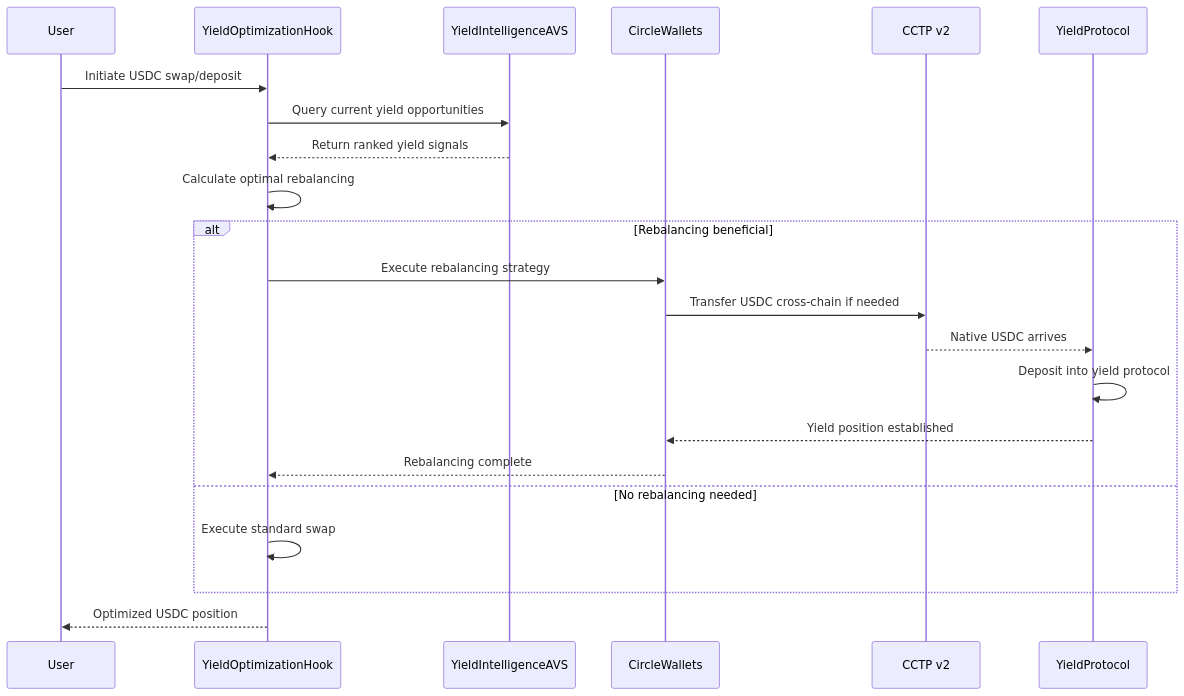
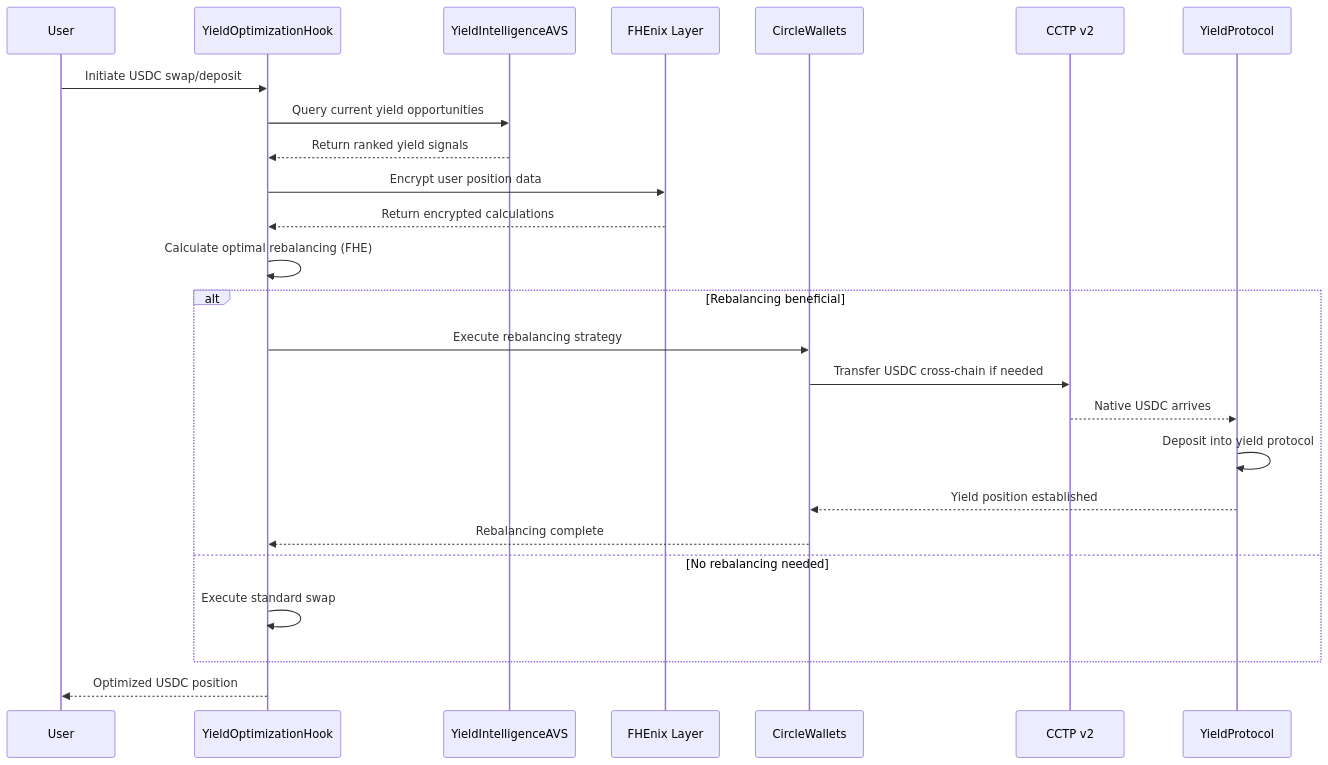
The second of 2 diagrams in README.md (Najnomics/AVS-Powered-USDC-Yield-Hook), drawn with Mermaid before and after one commit. The commit also changed other lines of this file and 7377 other files, not shown here.

````diff
--- a/README.md
+++ b/README.md
@@ -270,28 +110,32 @@
 ```mermaid
 sequenceDiagram
     participant User
     participant Hook as YieldOptimizationHook
     participant AVS as YieldIntelligenceAVS
+    participant FHE as FHEnix Layer
     participant Circle as CircleWallets
     participant CCTP as CCTP v2
     participant Protocol as YieldProtocol
 
     User->>Hook: Initiate USDC swap/deposit
     Hook->>AVS: Query current yield opportunities
     AVS-->>Hook: Return ranked yield signals
     
-    Hook->>Hook: Calculate optimal rebalancing
+    Hook->>FHE: Encrypt user position data
+    FHE-->>Hook: Return encrypted calculations
+    
+    Hook->>Hook: Calculate optimal rebalancing (FHE)
     
     alt Rebalancing beneficial
         Hook->>Circle: Execute rebalancing strategy
         Circle->>CCTP: Transfer USDC cross-chain if needed
         CCTP-->>Protocol: Native USDC arrives
         Protocol->>Protocol: Deposit into yield protocol
         Protocol-->>Circle: Yield position established
         Circle-->>Hook: Rebalancing complete
     else No rebalancing needed
         Hook->>Hook: Execute standard swap
     end
     
     Hook-->>User: Optimized USDC position
 ```
````
